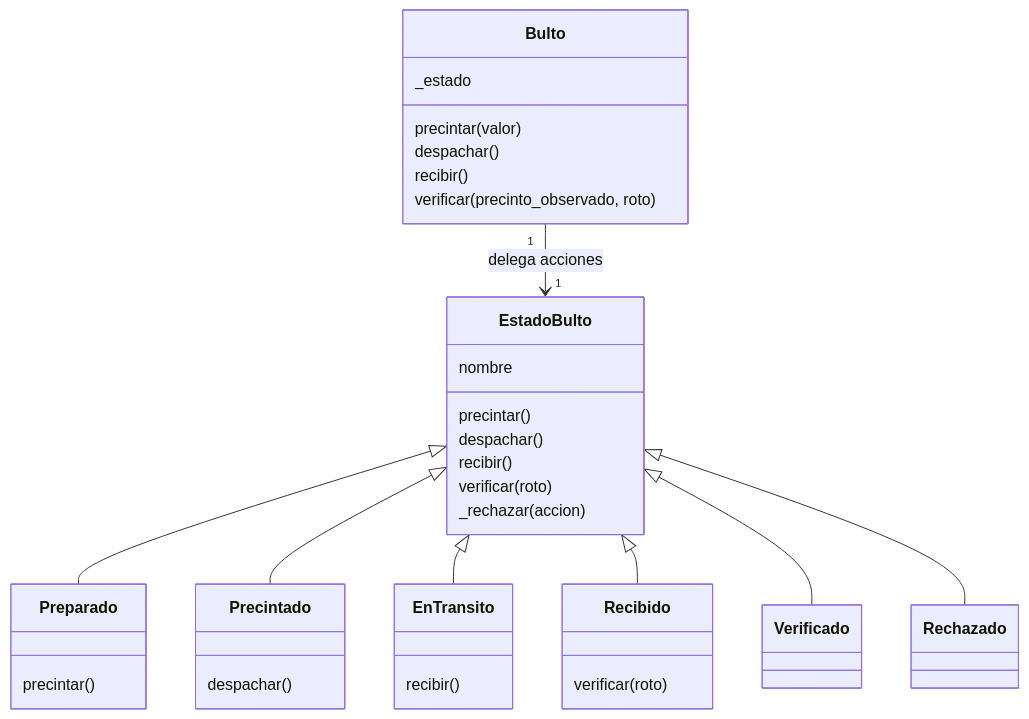
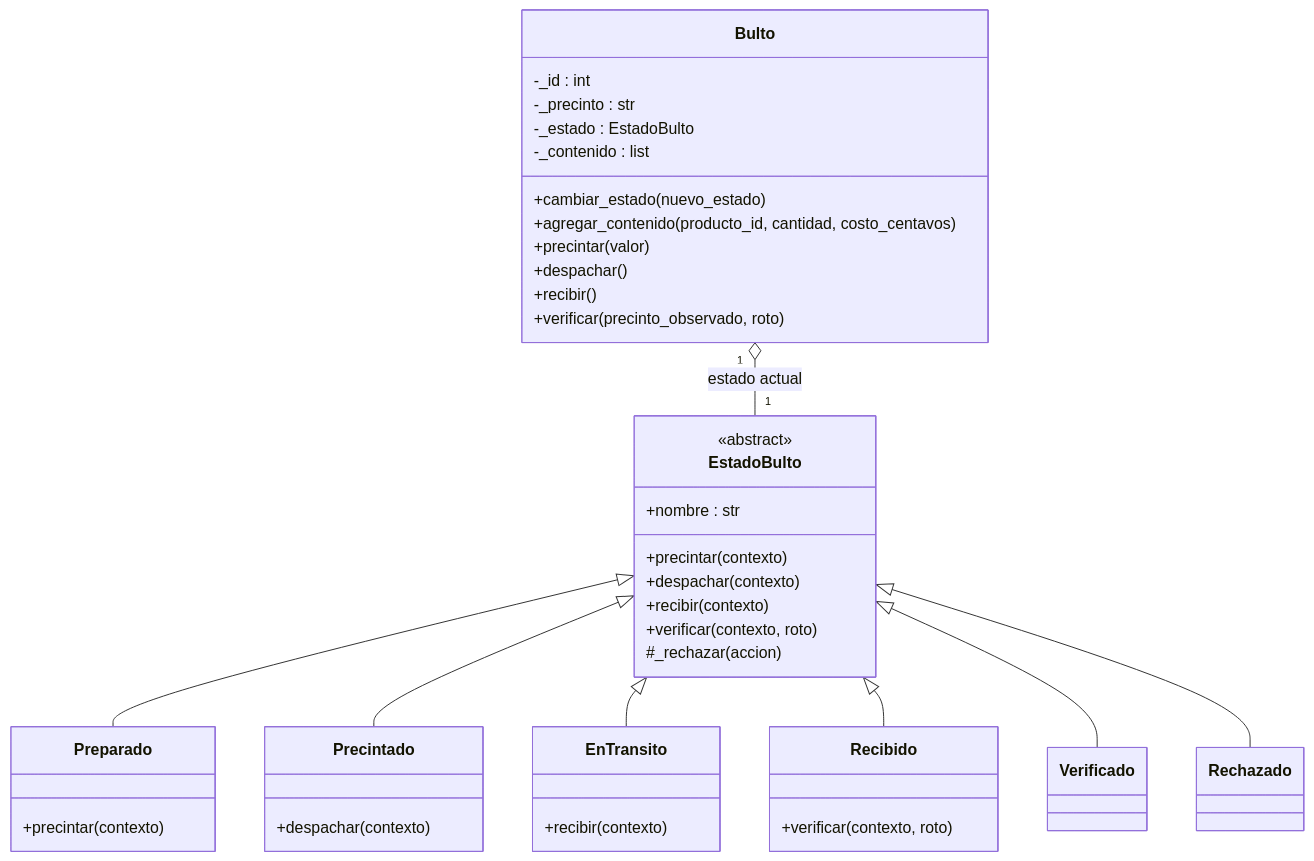
One commit to toledoantonio/G41_TPI_DAO_Sistema_Ventas_Inventario changed the second of 2 diagrams in docs/modelo_clases.md. Above: the diagram before and after it, drawn with Mermaid. The commit also changed other lines of this file and 25 other files, not shown here.

````diff
--- a/docs/modelo_clases.md
+++ b/docs/modelo_clases.md
@@ -95,39 +219,45 @@
 ```mermaid
 classDiagram
     class Bulto {
-        _estado
-        precintar(valor)
-        despachar()
-        recibir()
-        verificar(precinto_observado, roto)
+        -_id : int
+        -_precinto : str
+        -_estado : EstadoBulto
+        -_contenido : list
+        +cambiar_estado(nuevo_estado)
+        +agregar_contenido(producto_id, cantidad, costo_centavos)
+        +precintar(valor)
+        +despachar()
+        +recibir()
+        +verificar(precinto_observado, roto)
     }
     class EstadoBulto {
-        nombre
-        precintar()
-        despachar()
-        recibir()
-        verificar(roto)
-        _rechazar(accion)
+        <<abstract>>
+        +nombre : str
+        +precintar(contexto)
+        +despachar(contexto)
+        +recibir(contexto)
+        +verificar(contexto, roto)
+        #_rechazar(accion)
     }
     class Preparado {
-        precintar()
+        +precintar(contexto)
     }
     class Precintado {
-        despachar()
+        +despachar(contexto)
     }
     class EnTransito {
-        recibir()
+        +recibir(contexto)
     }
     class Recibido {
-        verificar(roto)
+        +verificar(contexto, roto)
     }
     class Verificado
     class Rechazado
-    Bulto "1" --> "1" EstadoBulto : delega acciones
+    Bulto "1" o-- "1" EstadoBulto : estado actual
     EstadoBulto <|-- Preparado
     EstadoBulto <|-- Precintado
     EstadoBulto <|-- EnTransito
     EstadoBulto <|-- Recibido
     EstadoBulto <|-- Verificado
     EstadoBulto <|-- Rechazado
 ```
````
